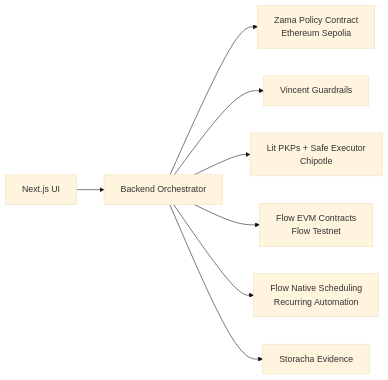
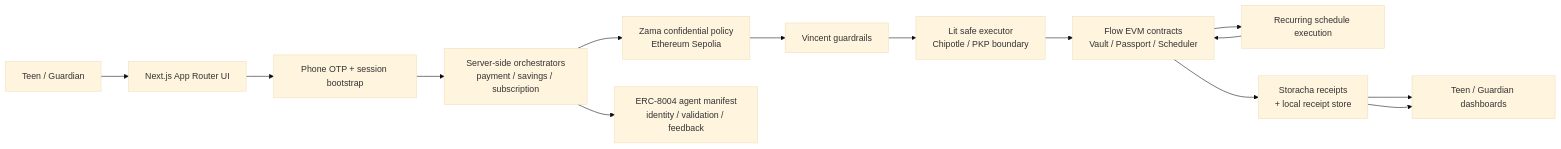
Before and after one commit to Naveen-807/OnlyTeens: the first of 2 diagrams in README.md, drawn with Mermaid (base theme). The commit also changed other lines of this file, not shown here.

````diff
--- a/README.md
+++ b/README.md
@@ -24,19 +112,21 @@
 ```mermaid
 flowchart LR
-  UI["Next.js UI"]
-  ORCH["Backend Orchestrator"]
-  ZAMA["Zama Policy Contract<br/>Ethereum Sepolia"]
-  LIT["Lit PKPs + Safe Executor<br/>Chipotle"]
-  VINCENT["Vincent Guardrails"]
-  FLOW["Flow EVM Contracts<br/>Flow Testnet"]
-  FLOWNATIVE["Flow Native Scheduling<br/>Recurring Automation"]
-  STORACHA["Storacha Evidence"]
+  U["Teen / Guardian"]
+  UI["Next.js App Router UI"]
+  AUTH["Phone OTP + session bootstrap"]
+  ORCH["Server-side orchestrators<br/>payment / savings / subscription"]
+  ZAMA["Zama confidential policy<br/>Ethereum Sepolia"]
+  VINCENT["Vincent guardrails"]
+  LIT["Lit safe executor<br/>Chipotle / PKP boundary"]
+  FLOW["Flow EVM contracts<br/>Vault / Passport / Scheduler"]
+  SCHED["Recurring schedule execution"]
+  EVIDENCE["Storacha receipts<br/>+ local receipt store"]
+  ERC8004["ERC-8004 agent manifest<br/>identity / validation / feedback"]
+  DASH["Teen / Guardian dashboards"]
 
-  UI --> ORCH
-  ORCH --> ZAMA
-  ORCH --> VINCENT
-  ORCH --> LIT
-  ORCH --> FLOW
-  ORCH --> FLOWNATIVE
-  ORCH --> STORACHA
+  U --> UI --> AUTH --> ORCH
+  ORCH --> ZAMA --> VINCENT --> LIT --> FLOW --> EVIDENCE --> DASH
+  FLOW --> SCHED --> FLOW
+  ORCH --> ERC8004
+  EVIDENCE --> DASH
 ```
````
